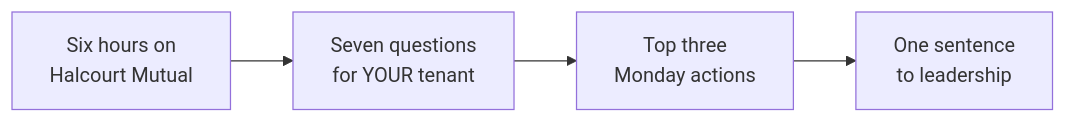
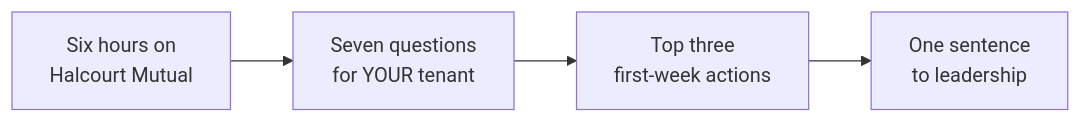
One commit to solliancenet/copilot-studio-shadow-agents-workshop changed the diagram in docs/07_assess_your_estate/07_assess_your_estate.md. Above: the diagram before and after it, drawn with Mermaid. The commit also changed other lines of this file and 7 other files, not shown here.

Commit message:
Exercise 06 landing opening; replace Monday with first-week phrasing site-wide

````diff
--- a/docs/07_assess_your_estate/07_assess_your_estate.md
+++ b/docs/07_assess_your_estate/07_assess_your_estate.md
@@ -26,6 +26,6 @@
 ```mermaid
 flowchart LR
   A[Six hours on<br/>Halcourt Mutual] --> B[Seven questions<br/>for YOUR tenant]
-  B --> C[Top three<br/>Monday actions]
+  B --> C[Top three<br/>first-week actions]
   C --> D[One sentence<br/>to leadership]
 ```
````
